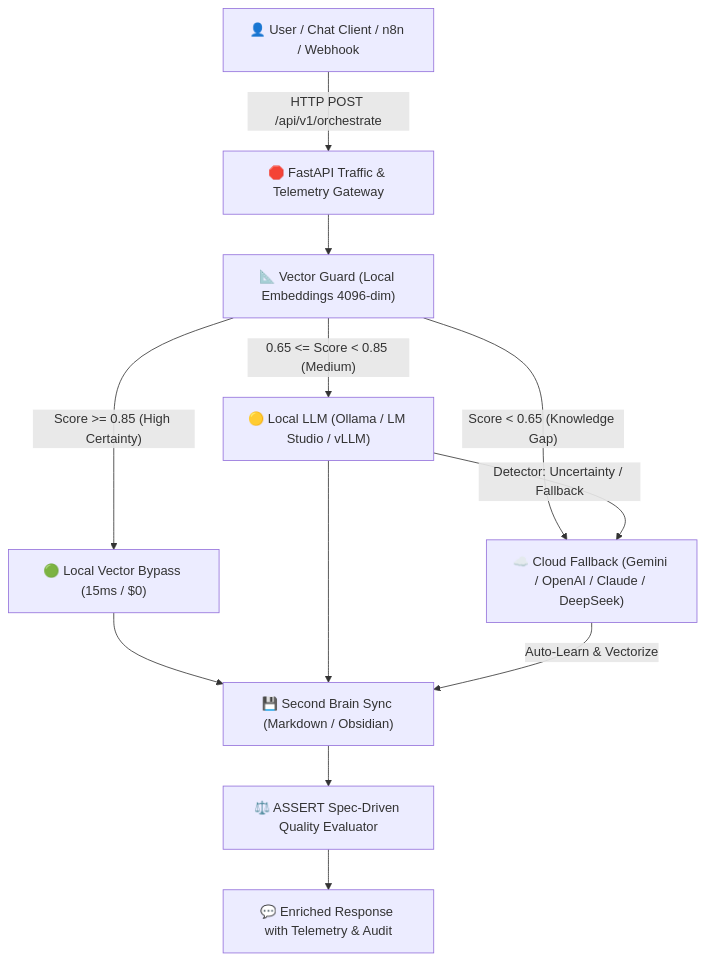
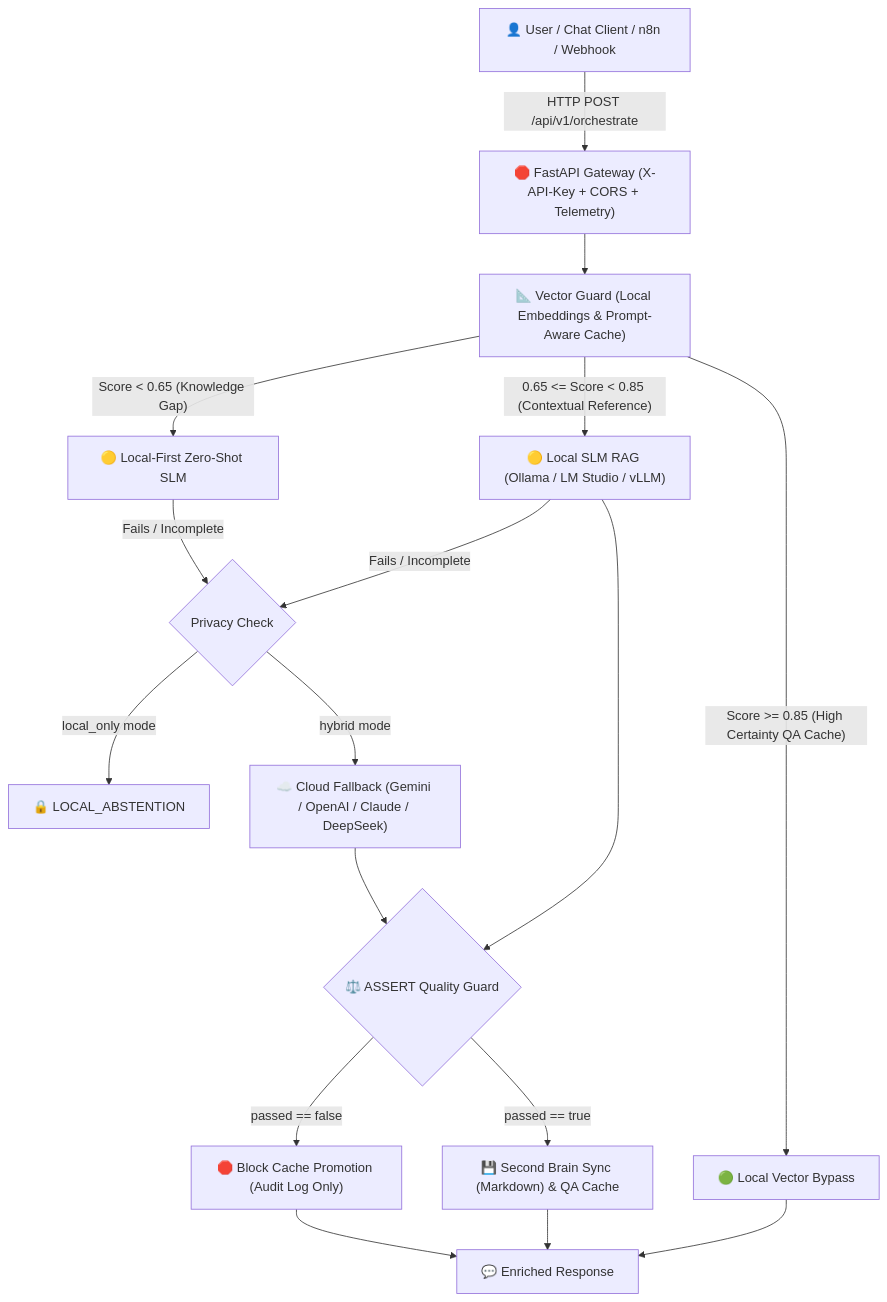
Before and after one commit to Leonthelee/open-hybrid-rag: the diagram in README.md, drawn with Mermaid. The commit also changed other lines of this file and 8 other files, not shown here.

Commit message:
feat(phase-2): add CloudBridge safety/truncation checks, DELETE cache, TTL support, and align README

````diff
--- a/README.md
+++ b/README.md
@@ -40,19 +40,26 @@
 ```mermaid
 flowchart TD
-    A["👤 User / Chat Client / n8n / Webhook"] -->|"HTTP POST /api/v1/orchestrate"| B["🛑 FastAPI Traffic & Telemetry Gateway"]
+    A["👤 User / Chat Client / n8n / Webhook"] -->|"HTTP POST /api/v1/orchestrate"| B["🛑 FastAPI Gateway (X-API-Key + CORS + Telemetry)"]
     
-    B --> C["📐 Vector Guard (Local Embeddings 4096-dim)"]
+    B --> C["📐 Vector Guard (Local Embeddings & Prompt-Aware Cache)"]
     
-    C -->|"Score >= 0.85 (High Certainty)"| D["🟢 Local Vector Bypass (15ms / $0)"]
-    C -->|"0.65 <= Score < 0.85 (Medium)"| E["🟡 Local LLM (Ollama / LM Studio / vLLM)"]
-    C -->|"Score < 0.65 (Knowledge Gap)"| F["☁️ Cloud Fallback (Gemini / OpenAI / Claude / DeepSeek)"]
+    C -->|"Score >= 0.85 (High Certainty QA Cache)"| D["🟢 Local Vector Bypass"]
+    C -->|"0.65 <= Score < 0.85 (Contextual Reference)"| E["🟡 Local SLM RAG (Ollama / LM Studio / vLLM)"]
+    C -->|"Score < 0.65 (Knowledge Gap)"| F["🟡 Local-First Zero-Shot SLM"]
     
-    E -->|"Detector: Uncertainty / Fallback"| F
+    E -->|"Fails / Incomplete"| G{"Privacy Check"}
+    F -->|"Fails / Incomplete"| G
     
-    D --> G["💾 Second Brain Sync (Markdown / Obsidian)"]
-    E --> G
-    F -->|"Auto-Learn & Vectorize"| G
+    G -->|"local_only mode"| H["🔒 LOCAL_ABSTENTION"]
+    G -->|"hybrid mode"| I["☁️ Cloud Fallback (Gemini / OpenAI / Claude / DeepSeek)"]
     
-    G --> H["⚖️ ASSERT Spec-Driven Quality Evaluator"]
-    H --> I["💬 Enriched Response with Telemetry & Audit"]
+    D --> J["💬 Enriched Response"]
+    E --> K{"⚖️ ASSERT Quality Guard"}
+    I --> K
+    
+    K -->|"passed == true"| L["💾 Second Brain Sync (Markdown) & QA Cache"]
+    K -->|"passed == false"| M["🛑 Block Cache Promotion (Audit Log Only)"]
+    
+    L --> J
+    M --> J
 ```
````
